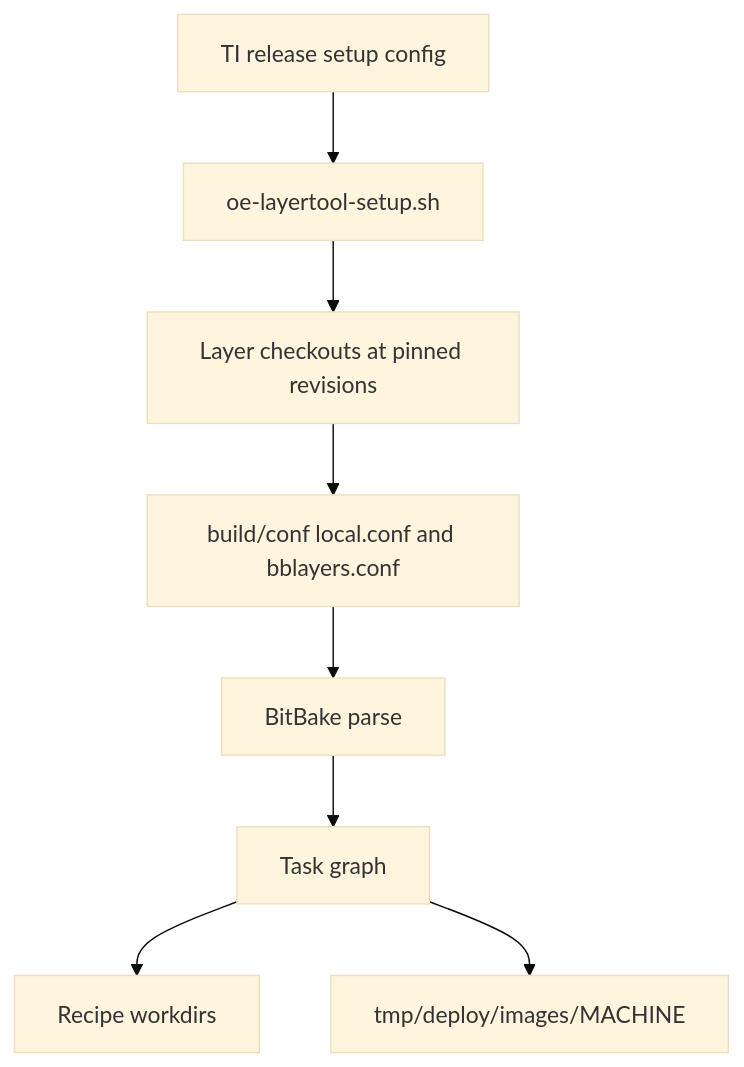
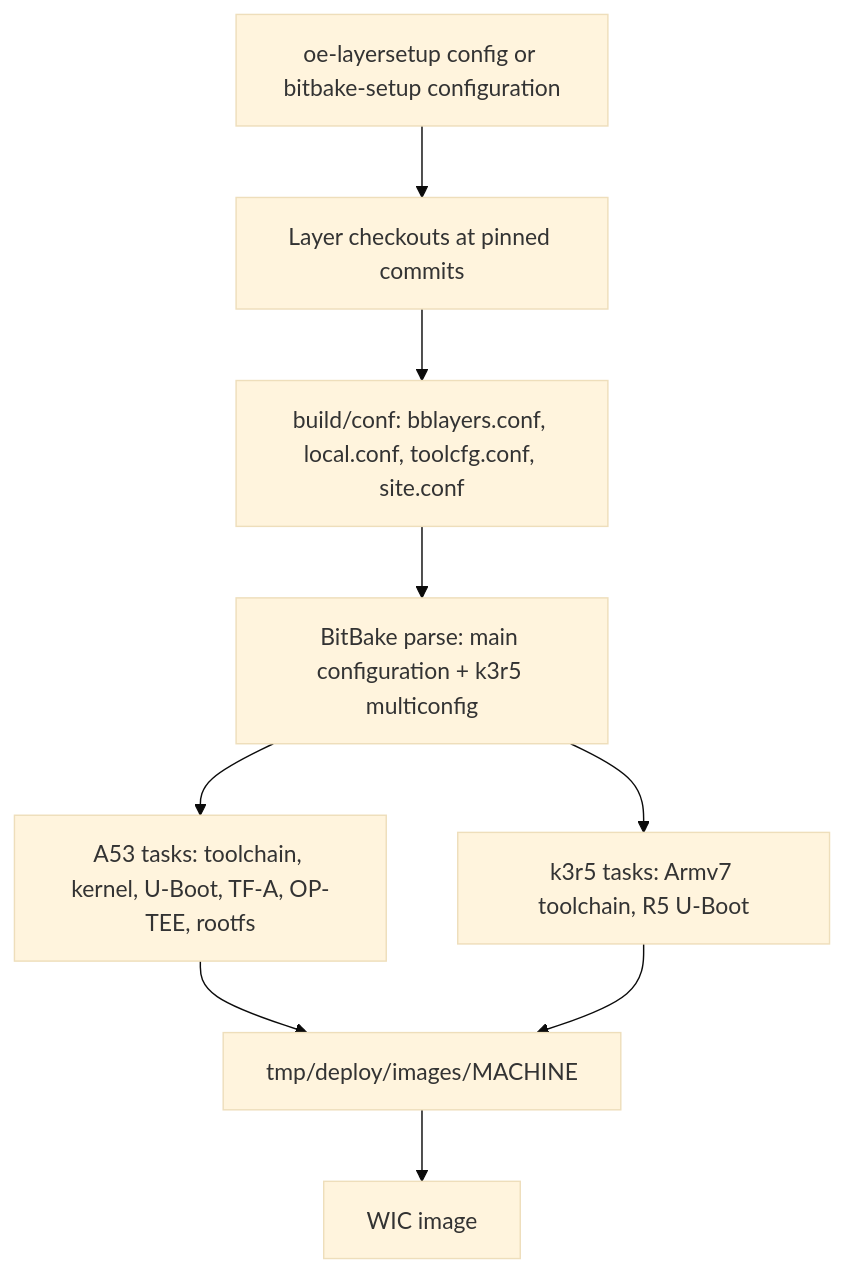
One commit to fgabor98/AI-knowledge-base changed the diagram in docs/build-systems/advanced/ti-processor-sdk/ti-yocto-arago-build-flow.md. Above: the diagram before and after it, drawn with Mermaid (base theme). The commit also changed other lines of this file and 10 other files, not shown here.

````diff
--- a/docs/build-systems/advanced/ti-processor-sdk/ti-yocto-arago-build-flow.md
+++ b/docs/build-systems/advanced/ti-processor-sdk/ti-yocto-arago-build-flow.md
@@ -39,10 +126,11 @@
 ```mermaid
 flowchart TD
-    Config[TI release setup config] --> LayerSetup[oe-layertool-setup.sh]
-    LayerSetup --> Sources[Layer checkouts at pinned revisions]
-    Sources --> BuildConf[build/conf local.conf and bblayers.conf]
-    BuildConf --> Parse[BitBake parse]
-    Parse --> Tasks[Task graph]
-    Tasks --> Work[Recipe workdirs]
-    Tasks --> Deploy[tmp/deploy/images/MACHINE]
+    Manifest["oe-layersetup config or bitbake-setup configuration"] --> Layers[Layer checkouts at pinned commits]
+    Layers --> Conf["build/conf: bblayers.conf, local.conf, toolcfg.conf, site.conf"]
+    Conf --> Parse["BitBake parse: main configuration + k3r5 multiconfig"]
+    Parse --> A53["A53 tasks: toolchain, kernel, U-Boot, TF-A, OP-TEE, rootfs"]
+    Parse --> R5["k3r5 tasks: Armv7 toolchain, R5 U-Boot"]
+    A53 --> Deploy["tmp/deploy/images/MACHINE"]
+    R5 --> Deploy
+    Deploy --> WIC[WIC image]
 ```
````
